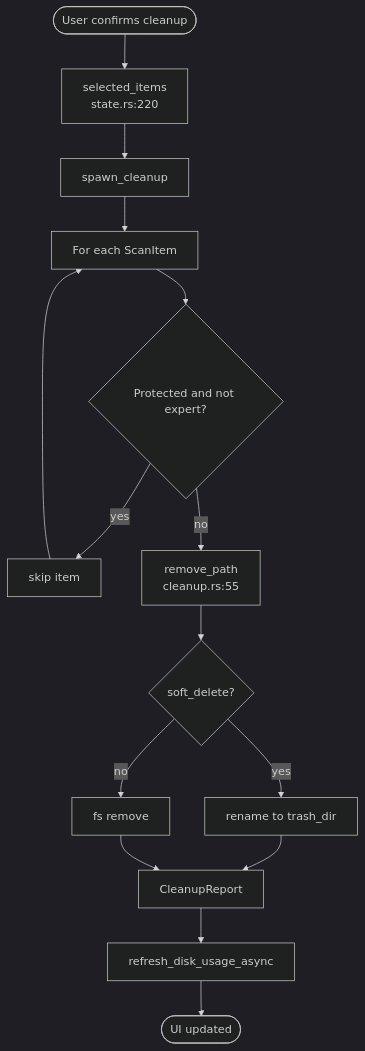
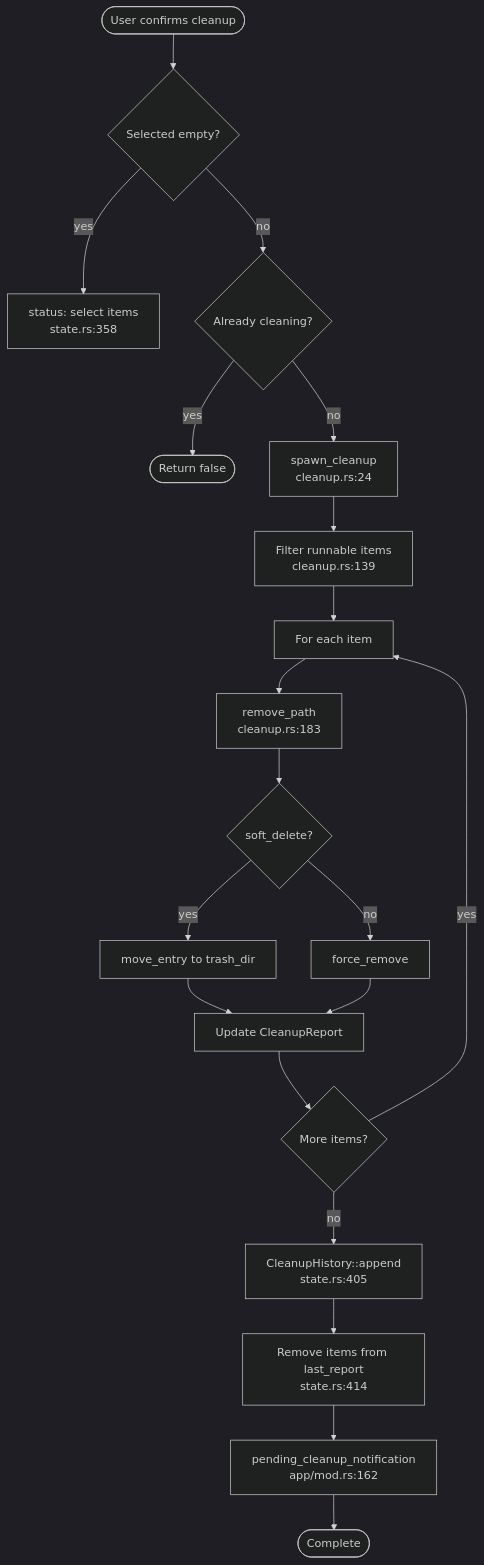
The fourth of 5 diagrams in .terrain/human/3.Workflows.md (sopaco/CLV3000-Plus), drawn with Mermaid (dark theme) before and after one commit. The commit also changed other lines of this file and 14 other files, not shown here.

````diff
--- a/.terrain/human/3.Workflows.md
+++ b/.terrain/human/3.Workflows.md
@@ -147,17 +103,22 @@
 ```mermaid
 flowchart TD
-    Start([User confirms cleanup]) --> Sel["selected_items<br/>state.rs:220"]
-    Sel --> Spawn["spawn_cleanup"]
-    Spawn --> Loop["For each ScanItem"]
-    Loop --> Risk{"Protected and not expert?"}
-    Risk -->|yes| Skip["skip item"]
-    Risk -->|no| Remove["remove_path<br/>cleanup.rs:55"]
-    Remove --> Soft{"soft_delete?"}
-    Soft -->|yes| Trash["rename to trash_dir"]
-    Soft -->|no| Hard["fs remove"]
-    Trash --> Report["CleanupReport"]
-    Hard --> Report
-    Skip --> Loop
-    Report --> Refresh["refresh_disk_usage_async"]
-    Refresh --> End([UI updated])
+    Start([User confirms cleanup]) --> EmptyCheck{Selected empty?}
+    EmptyCheck -->|yes| MsgSelect["status: select items<br/>state.rs:358"]
+    EmptyCheck -->|no| CleaningCheck{Already cleaning?}
+    CleaningCheck -->|yes| EndSkip([Return false])
+    CleaningCheck -->|no| SpawnClean["spawn_cleanup<br/>cleanup.rs:24"]
+    SpawnClean --> FilterRun["Filter runnable items<br/>cleanup.rs:139"]
+    FilterRun --> LoopItem["For each item"]
+    LoopItem --> Remove["remove_path<br/>cleanup.rs:183"]
+    Remove --> SoftQ{soft_delete?}
+    SoftQ -->|yes| MoveTrash["move_entry to trash_dir"]
+    SoftQ -->|no| HardDel["force_remove"]
+    MoveTrash --> RecordOK
+    HardDel --> RecordOK["Update CleanupReport"]
+    RecordOK --> MoreItems{More items?}
+    MoreItems -->|yes| LoopItem
+    MoreItems -->|no| History["CleanupHistory::append<br/>state.rs:405"]
+    History --> PruneReport["Remove items from last_report<br/>state.rs:414"]
+    PruneReport --> Notify["pending_cleanup_notification<br/>app/mod.rs:162"]
+    Notify --> End([Complete])
 ```
````
